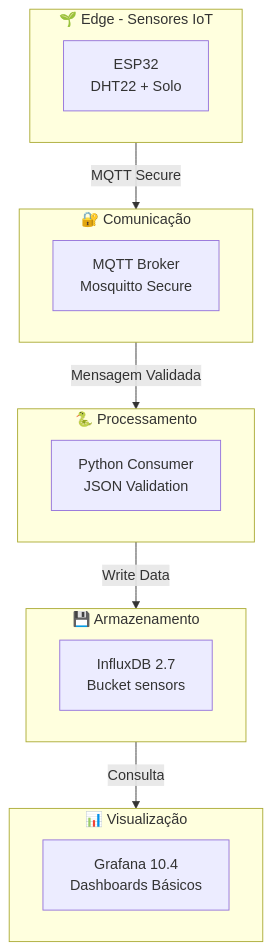
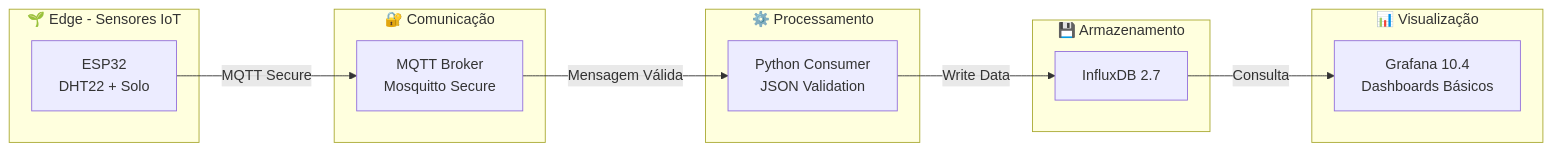
Before and after one commit to GustavoFelipe85/smart-farm-iot-system: the diagram in README.md, drawn with Mermaid. The commit also changed other lines of this file, not shown here.

````diff
--- a/README.md
+++ b/README.md
@@ -46,27 +43,28 @@
 ```mermaid
-flowchart TB
-    subgraph A [🌱 Edge - Sensores IoT]
-        A1[ESP32<br/>DHT22 + Solo]
-    end
+flowchart LR
+  subgraph Edge[🌱 Edge - Sensores IoT]
+    ESP[ESP32<br>DHT22 + Solo]
+  end
 
-    subgraph B [🔐 Comunicação]
-        B1[MQTT Broker<br/>Mosquitto Secure]
-    end
+  subgraph Comm[🔐 Comunicação]
+    MQ[MQTT Broker<br>Mosquitto Secure]
+  end
 
-    subgraph C [🐍 Processamento]
-        C1[Python Consumer<br/>JSON Validation]
-    end
+  subgraph Proc[⚙️ Processamento]
+    PY[Python Consumer<br>JSON Validation]
+  end
 
-    subgraph D [💾 Armazenamento]
-        D1[InfluxDB 2.7<br/>Bucket sensors]
-    end
+  subgraph DB[💾 Armazenamento]
+    INF[InfluxDB 2.7]
+  end
 
-    subgraph E [📊 Visualização]
-        E1[Grafana 10.4<br/>Dashboards Básicos]
-    end
+  subgraph Viz[📊 Visualização]
+    GF[Grafana 10.4<br>Dashboards Básicos]
+  end
 
-    A -->|MQTT Secure| B
-    B -->|Mensagem Validada| C
-    C -->|Write Data| D
-    D -->|Consulta| E
+  ESP -->|MQTT Secure| MQ
+  MQ -->|Mensagem Válida| PY
+  PY -->|Write Data| INF
+  INF -->|Consulta| GF
+
 ```
````
